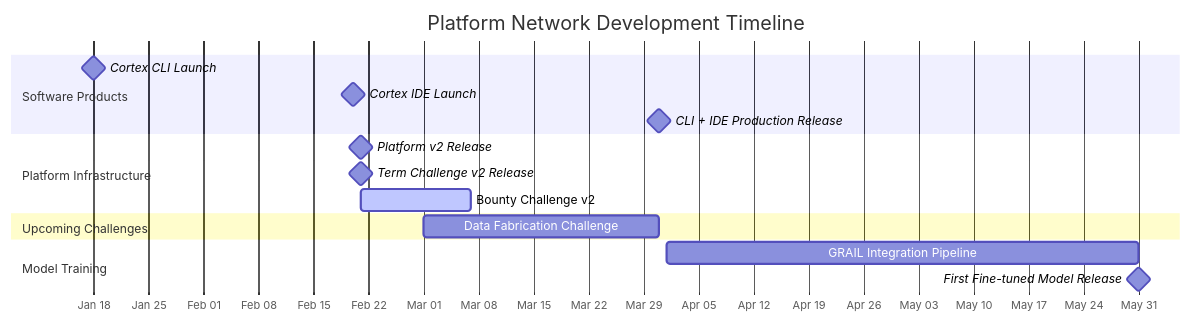
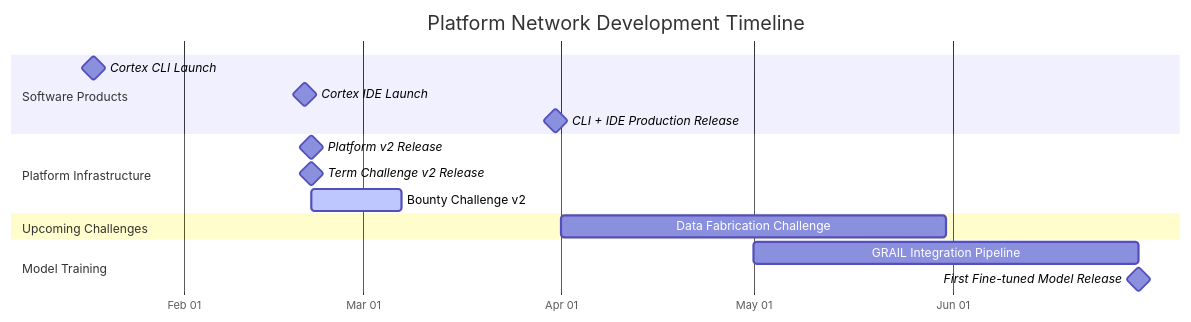
Before and after one commit to PlatformNetwork/roadmap: diagram 13 of 13 in README.md, drawn with Mermaid. The commit also changed other lines of this file, not shown here.

Commit message:
style: simplify mermaid labels, move Data Fabrication to Q2

````diff
--- a/README.md
+++ b/README.md
@@ -467,23 +425,23 @@
 ```mermaid
 gantt
     title Platform Network Development Timeline
     dateFormat YYYY-MM-DD
     axisFormat %b %d
 
     section Software Products
     Cortex CLI Launch                    :milestone, cli, 2026-01-18, 0d
     Cortex IDE Launch                    :milestone, ide, 2026-02-20, 0d
     CLI + IDE Production Release         :milestone, prod, 2026-03-31, 0d
 
     section Platform Infrastructure
     Platform v2 Release                  :milestone, pv2, 2026-02-21, 0d
     Term Challenge v2 Release            :milestone, tc2, 2026-02-21, 0d
     Bounty Challenge v2                  :active, bc2, 2026-02-21, 14d
 
     section Upcoming Challenges
-    Data Fabrication Challenge           :dc, 2026-03-01, 30d
+    Data Fabrication Challenge           :dc, 2026-04-01, 60d
 
     section Model Training
-    GRAIL Integration Pipeline           :grail, 2026-04-01, 60d
-    First Fine-tuned Model Release       :milestone, model, 2026-05-31, 0d
+    GRAIL Integration Pipeline           :grail, 2026-05-01, 60d
+    First Fine-tuned Model Release       :milestone, model, 2026-06-30, 0d
 ```
````
